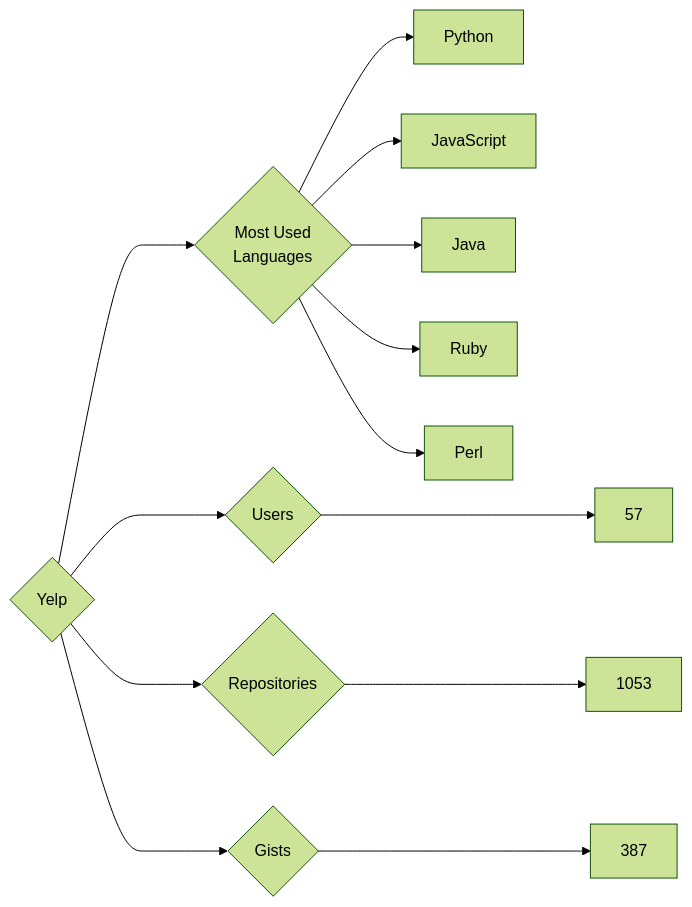
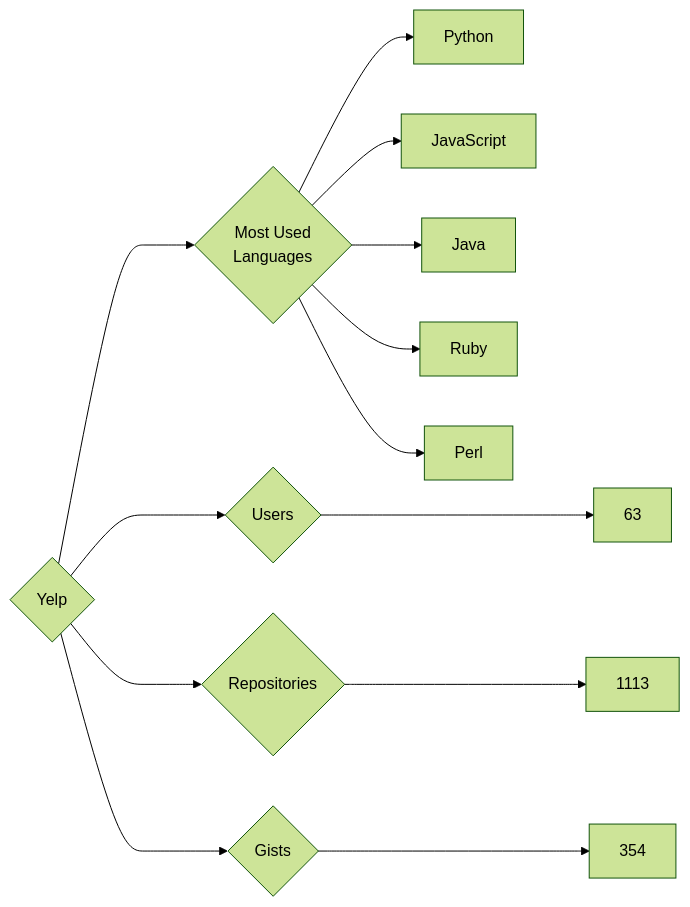
The diagram in targets/Yelp/README.md (trickest/insiders), drawn with Mermaid (forest theme) before and after one commit. The commit also changed 903 other files, not shown here.

````diff
--- a/targets/Yelp/README.md
+++ b/targets/Yelp/README.md
@@ -3,13 +3,13 @@
 ```mermaid
 graph LR
 COMPANY_NAME{Yelp}
-COMPANY_NAME ---> U{Users} ---> UN[57]
-COMPANY_NAME ---> R{Repositories} ---> RN[1053]
-COMPANY_NAME ---> G{Gists} ---> GN[387]
+COMPANY_NAME ---> U{Users} ---> UN[63]
+COMPANY_NAME ---> R{Repositories} ---> RN[1113]
+COMPANY_NAME ---> G{Gists} ---> GN[354]
 COMPANY_NAME ---> ML{Most Used<br>Languages}
 ML --> Python[Python]
 ML --> JavaScript[JavaScript]
 ML --> Java[Java]
 ML --> Ruby[Ruby]
 ML --> Perl[Perl]
 ```
````
